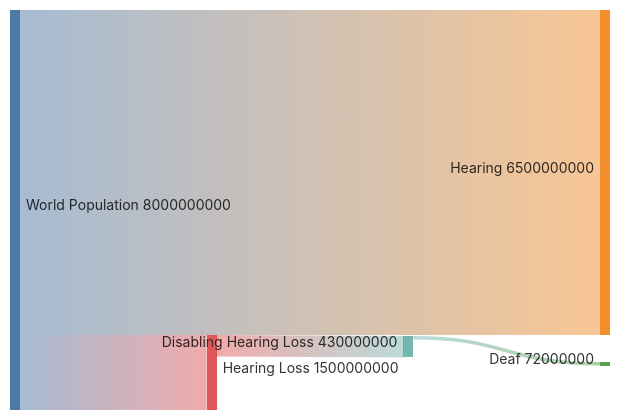
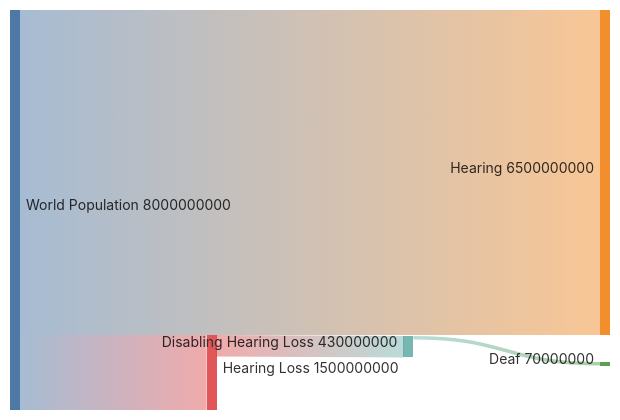
Before and after one commit to sign/translate: the diagram in docs/docs/facts/population.md, drawn with Mermaid. The commit also changed other lines of this file and 1 other file, not shown here.

````diff
--- a/docs/docs/facts/population.md
+++ b/docs/docs/facts/population.md
@@ -15,7 +15,7 @@
 ```mermaid
 sankey-beta
   World Population, Hearing, 6500000000
   World Population, Hearing Loss, 1500000000
   Hearing Loss, Disabling Hearing Loss, 430000000
-  Disabling Hearing Loss, Deaf, 72000000
+  Disabling Hearing Loss, Deaf, 70000000
 ```
````
